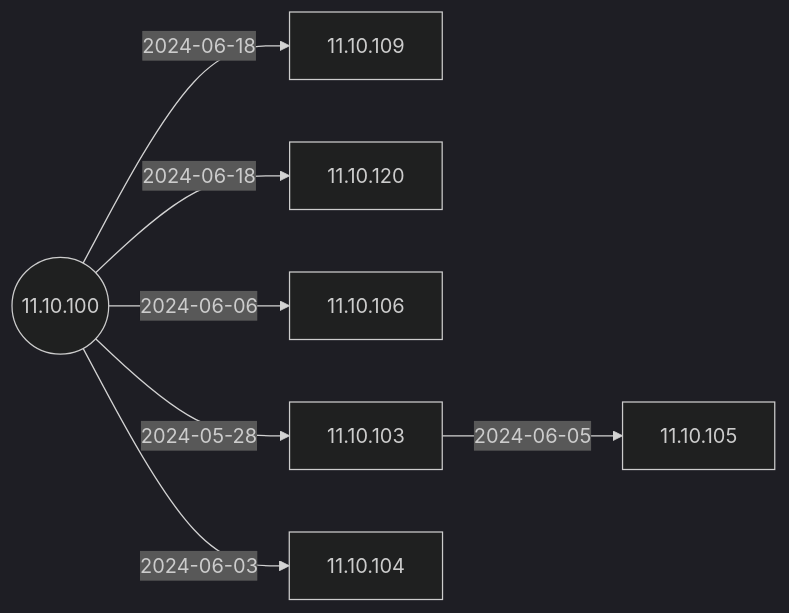
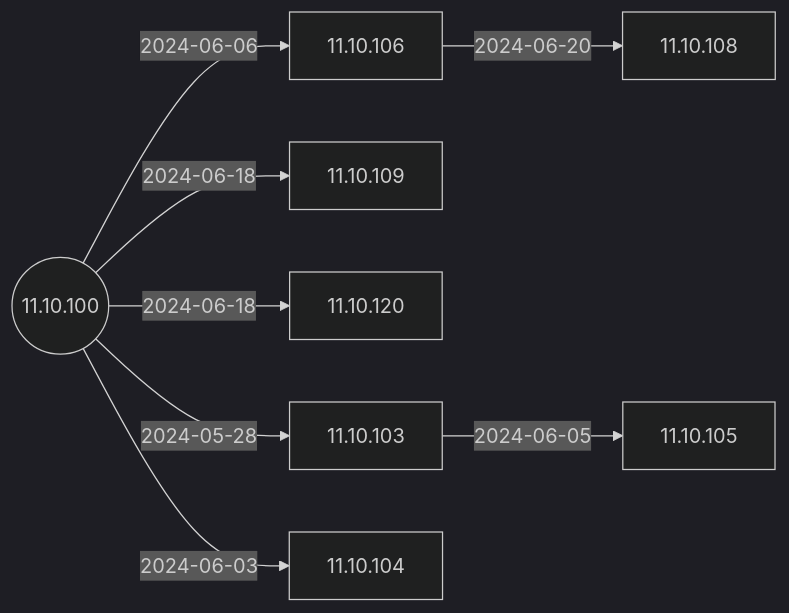
One commit to IGEL-Community/IGEL-Docs-v02 changed the second of 6 diagrams in docs/Docs/ReleaseNotes/01-OS11/README.md. Above: the diagram before and after it, drawn with Mermaid (dark theme). The commit also changed other lines of this file and 3 other files, not shown here.

````diff
--- a/docs/Docs/ReleaseNotes/01-OS11/README.md
+++ b/docs/Docs/ReleaseNotes/01-OS11/README.md
@@ -41,17 +41,19 @@
 ```mermaid
 flowchart LR
+    11.10.106-- 2024-06-20 -->11.10.108
     11.10.100-- 2024-06-18 -->11.10.109
     11.10.100-- 2024-06-18 -->11.10.120
     11.10.100-- 2024-06-06 -->11.10.106
     11.10.103-- 2024-06-05 -->11.10.105
     11.10.100-- 2024-06-03 -->11.10.104
     11.10.100-- 2024-05-28 -->11.10.103
     11.10.100((11.10.100))
+    click 11.10.108 "https://github.com/IGEL-Community/IGEL-Docs-v02/tree/main/docs/Docs/ReleaseNotes/01-OS11/readme11.10.108.txt" _blank
     click 11.10.109 "https://github.com/IGEL-Community/IGEL-Docs-v02/tree/main/docs/Docs/ReleaseNotes/01-OS11/readme11.10.109.txt" _blank
     click 11.10.120 "https://github.com/IGEL-Community/IGEL-Docs-v02/tree/main/docs/Docs/ReleaseNotes/01-OS11/readme11.10.120.txt" _blank
     click 11.10.106 "https://github.com/IGEL-Community/IGEL-Docs-v02/tree/main/docs/Docs/ReleaseNotes/01-OS11/readme11.10.106.txt" _blank
     click 11.10.105 "https://github.com/IGEL-Community/IGEL-Docs-v02/tree/main/docs/Docs/ReleaseNotes/01-OS11/readme11.10.105.txt" _blank
     click 11.10.104 "https://github.com/IGEL-Community/IGEL-Docs-v02/tree/main/docs/Docs/ReleaseNotes/01-OS11/readme11.10.104.txt" _blank
     click 11.10.103 "https://github.com/IGEL-Community/IGEL-Docs-v02/tree/main/docs/Docs/ReleaseNotes/01-OS11/readme11.10.103.txt" _blank
     click 11.10.100 "https://github.com/IGEL-Community/IGEL-Docs-v02/tree/main/docs/Docs/ReleaseNotes/01-OS11/readme11.10.100.txt" _blank
 ```
````
